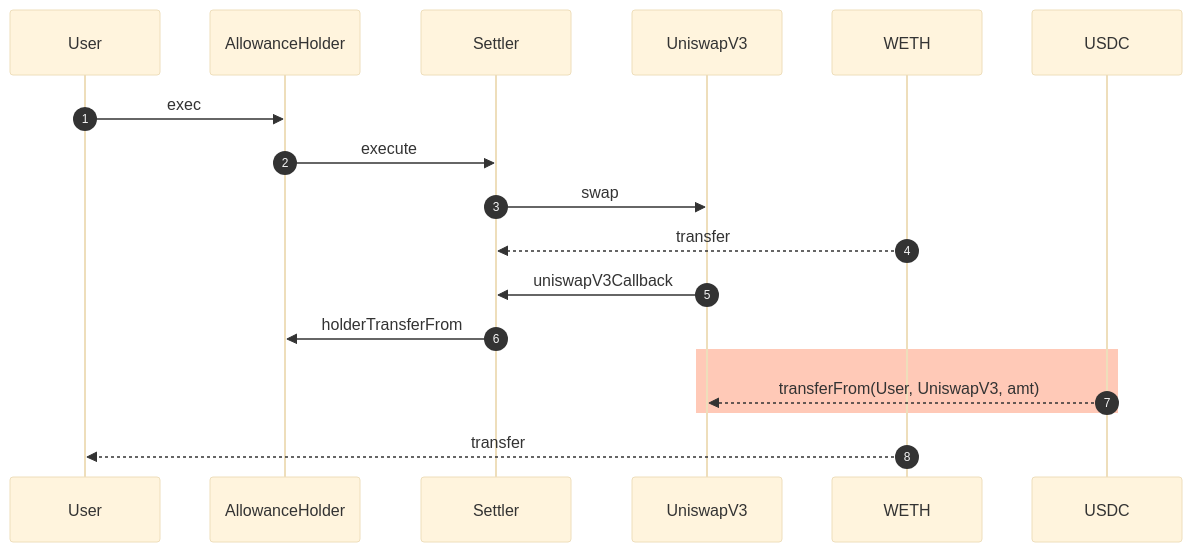
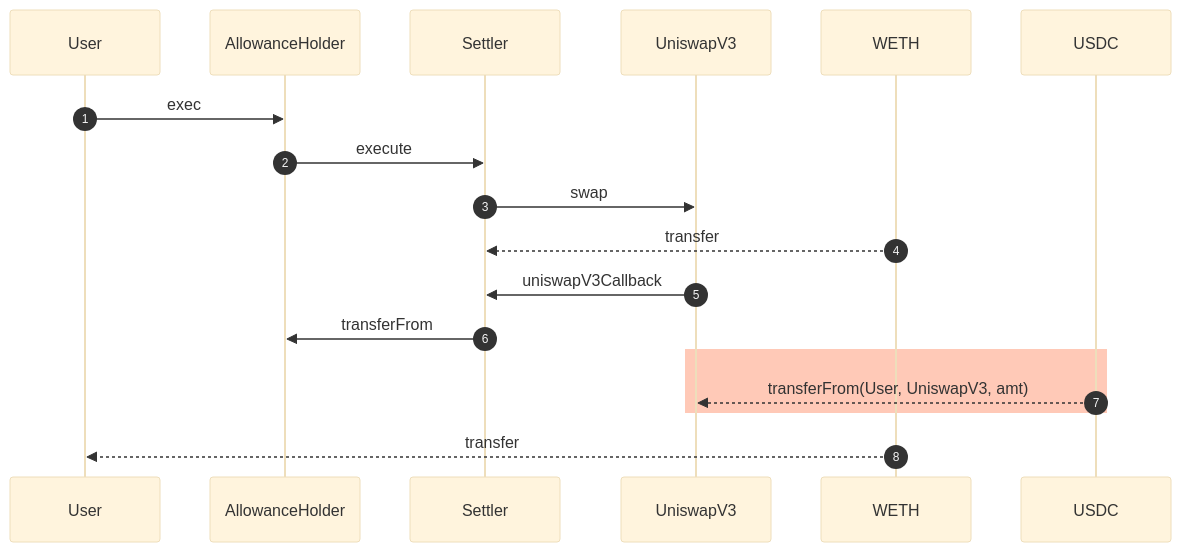
Diagram 12 of 12 in README.md (0xProject/0x-settler), drawn with Mermaid (base theme) before and after one commit.

Commit message:
Fix wrong function name in docs

````diff
--- a/README.md
+++ b/README.md
@@ -1016,14 +1016,14 @@
 ```mermaid
 sequenceDiagram
     autonumber
     User->>AllowanceHolder: exec
     AllowanceHolder->>Settler: execute
     Settler->>UniswapV3: swap
     WETH-->>Settler: transfer
     UniswapV3->>Settler: uniswapV3Callback
-    Settler->>AllowanceHolder: holderTransferFrom
+    Settler->>AllowanceHolder: transferFrom
     rect rgba(255, 148, 112, 0.5)
         USDC-->>UniswapV3: transferFrom(User, UniswapV3, amt)
     end
     WETH-->>User: transfer
 ```
````
